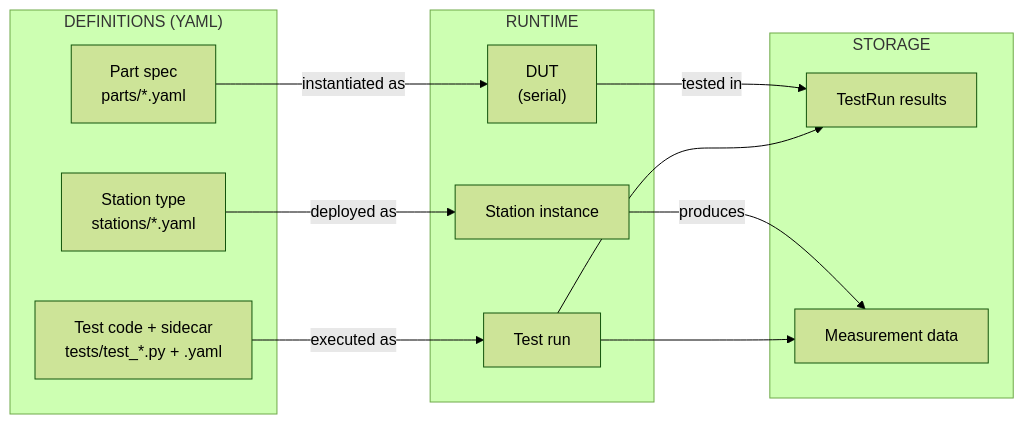
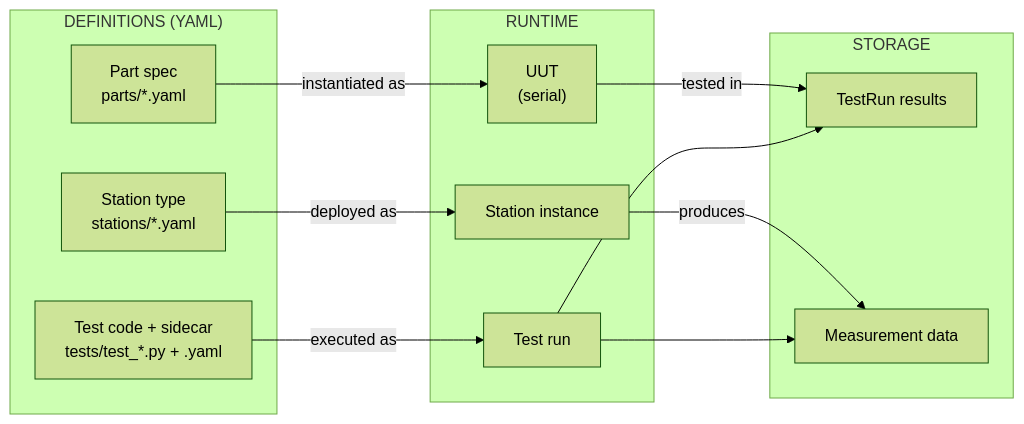
Before and after one commit to pragmatest-dev/testerkit: the second of 9 diagrams in docs/concepts/overview/architecture.md, drawn with Mermaid (forest theme). The commit also changed other lines of this file and 274 other files, not shown here.

````diff
--- a/docs/concepts/overview/architecture.md
+++ b/docs/concepts/overview/architecture.md
@@ -45,27 +45,27 @@
 ```mermaid
 flowchart LR
     subgraph Definitions["DEFINITIONS (YAML)"]
         PS["Part spec<br/>parts/*.yaml"]
         ST["Station type<br/>stations/*.yaml"]
         TC["Test code + sidecar<br/>tests/test_*.py + .yaml"]
     end
 
     subgraph Runtime["RUNTIME"]
-        DUT["DUT<br/>(serial)"]
+        UUT["UUT<br/>(serial)"]
         SI["Station instance"]
         TR["Test run"]
     end
 
     subgraph Storage["STORAGE"]
         TRR["TestRun results"]
         MD["Measurement data"]
     end
 
-    PS -- "instantiated as" --> DUT
-    DUT -- "tested in" --> TRR
+    PS -- "instantiated as" --> UUT
+    UUT -- "tested in" --> TRR
     ST -- "deployed as" --> SI
     SI -- "produces" --> MD
     TC -- "executed as" --> TR
     TR --> TRR
     TR --> MD
 ```
````
